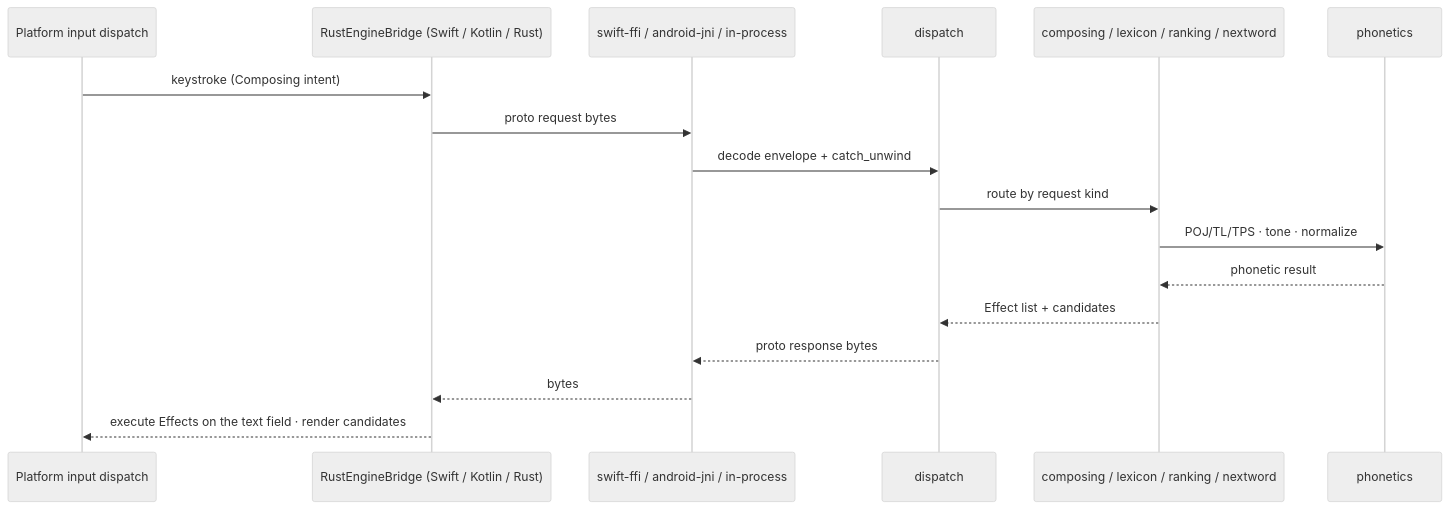
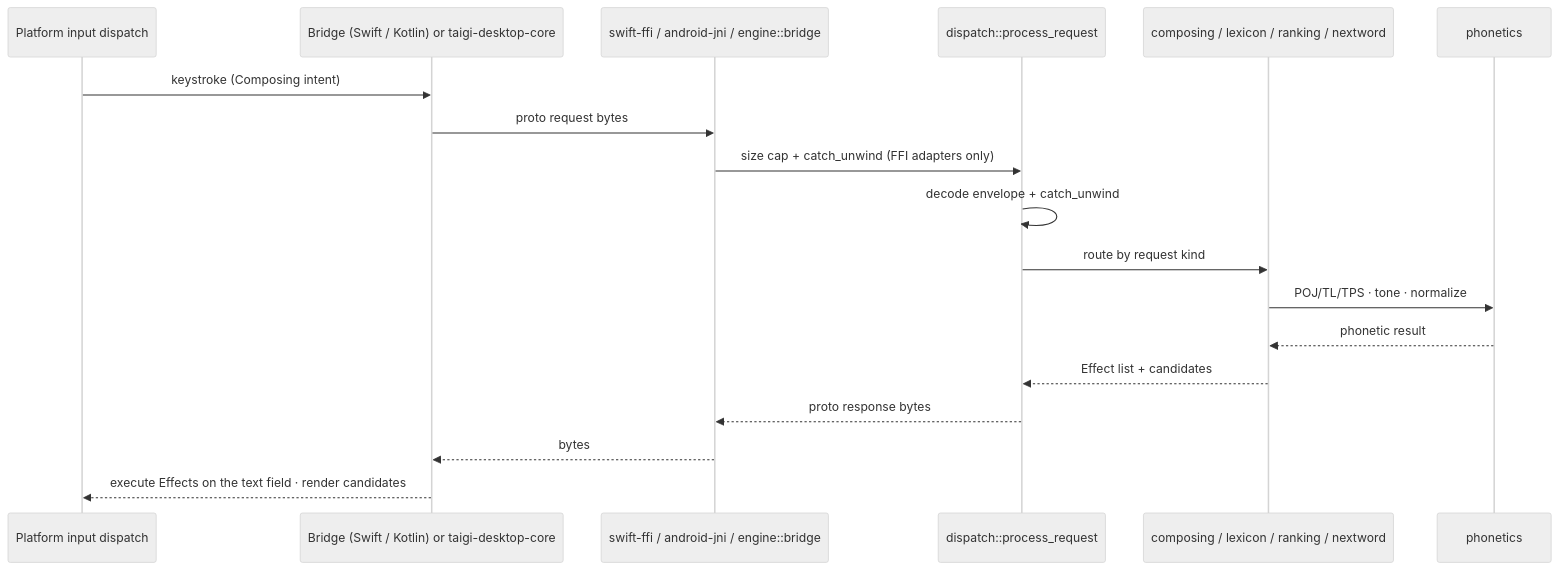
One commit to yapinxxx/taigikeyboard changed the fourth of 4 diagrams in docs/architecture/system-overview.md. Above: the diagram before and after it, drawn with Mermaid (neutral theme). The commit also changed other lines of this file and 16 other files, not shown here.

First line of the commit message:
docs: architecture diagram from real code; fix build/root docs

````diff
--- a/docs/architecture/system-overview.md
+++ b/docs/architecture/system-overview.md
@@ -141,20 +156,21 @@
 ```mermaid
 sequenceDiagram
     participant UI as Platform input dispatch
-    participant Bridge as RustEngineBridge (Swift / Kotlin / Rust)
-    participant FFI as swift-ffi / android-jni / in-process
-    participant D as dispatch
+    participant Bridge as Bridge (Swift / Kotlin) or taigi-desktop-core
+    participant FFI as swift-ffi / android-jni / engine::bridge
+    participant D as dispatch::process_request
     participant Dom as composing / lexicon / ranking / nextword
     participant Ph as phonetics
 
     UI->>Bridge: keystroke (Composing intent)
     Bridge->>FFI: proto request bytes
-    FFI->>D: decode envelope + catch_unwind
+    FFI->>D: size cap + catch_unwind (FFI adapters only)
+    D->>D: decode envelope + catch_unwind
     D->>Dom: route by request kind
     Dom->>Ph: POJ/TL/TPS · tone · normalize
     Ph-->>Dom: phonetic result
     Dom-->>D: Effect list + candidates
     D-->>FFI: proto response bytes
     FFI-->>Bridge: bytes
     Bridge-->>UI: execute Effects on the text field · render candidates
 ```
````
